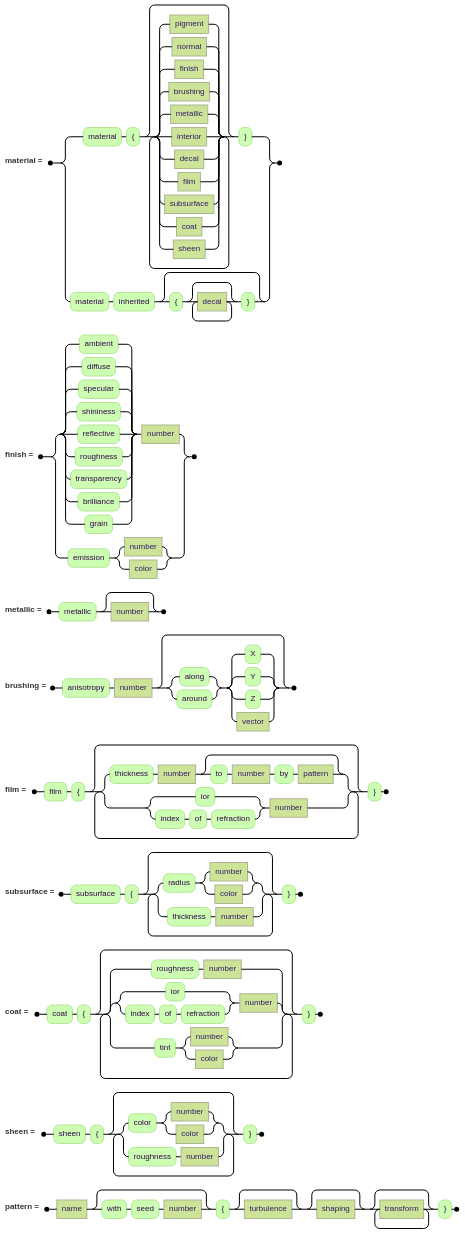
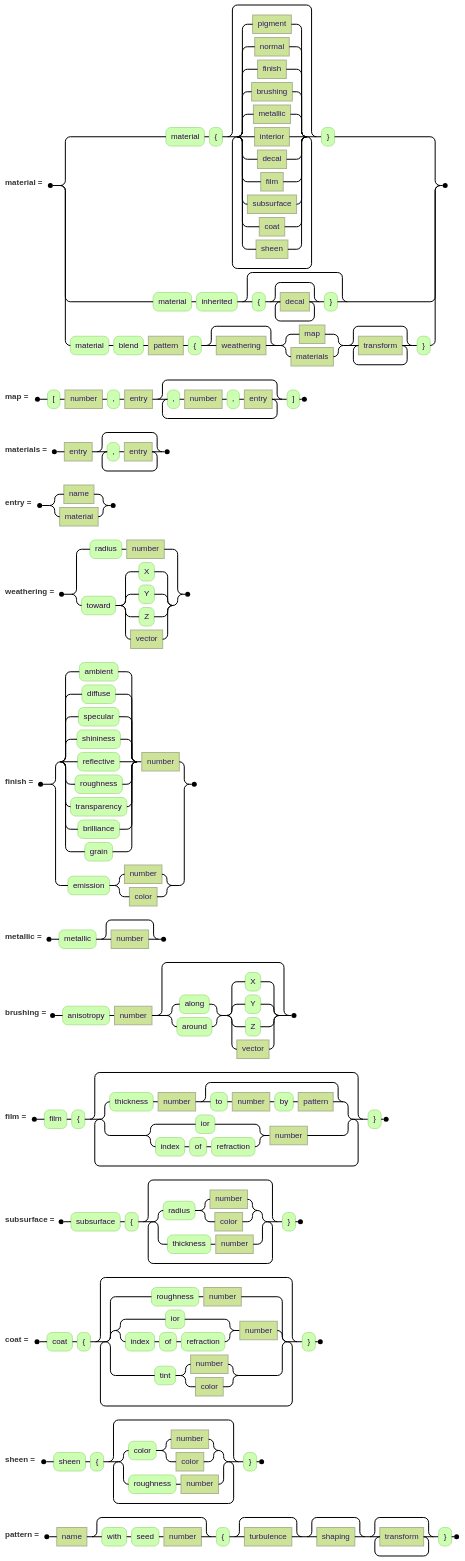
Before and after one commit to jskress/RayTracer: the diagram in docs/diagrams/materials/materialClause.mmd, drawn with Mermaid (forest theme). The commit also changed 60 other files, not shown here.

```diff
--- a/docs/diagrams/materials/materialClause.mmd
+++ b/docs/diagrams/materials/materialClause.mmd
@@ -1,26 +1,35 @@
 railroad-ebnf-beta
 title "A material"
 
 material = "material" "{" { pigment | normal | finish | brushing | metallic | interior | decal | film | subsurface
                            | coat | sheen } "}"
-         | "material" "inherited" [ "{" { decal } "}" ] ;
+         | "material" "inherited" [ "{" { decal } "}" ]
+         | "material" "blend" pattern "{" [ weathering ] ( map | materials ) { transform } "}" ;
+
+map = "[" number "," entry { "," number "," entry } "]" ;
+
+materials = entry { "," entry } ;
+
+entry = name | material ;
+
+weathering = "radius" number | "toward" ( "X" | "Y" | "Z" | vector ) ;
 
 finish = ( "ambient" | "diffuse" | "specular" | "shininess" | "reflective"
          | "roughness" | "transparency" | "brilliance" | "grain" ) number
        | "emission" ( number | color ) ;
 
 metallic = "metallic" [ number ] ;
 
 brushing = "anisotropy" number [ ( "along" | "around" ) ( "X" | "Y" | "Z" | vector ) ] ;
 
 film = "film" "{" { "thickness" number [ "to" number "by" pattern ]
                   | ( "ior" | "index" "of" "refraction" ) number } "}" ;
 
 subsurface = "subsurface" "{" { "radius" ( number | color ) | "thickness" number } "}" ;
 
 coat = "coat" "{" { "roughness" number | ( "ior" | "index" "of" "refraction" ) number
                   | "tint" ( number | color ) } "}" ;
 
 sheen = "sheen" "{" { "color" ( number | color ) | "roughness" number } "}" ;
 
 pattern = name [ "with" "seed" number ] "{" [ turbulence ] [ shaping ] { transform } "}" ;
```
